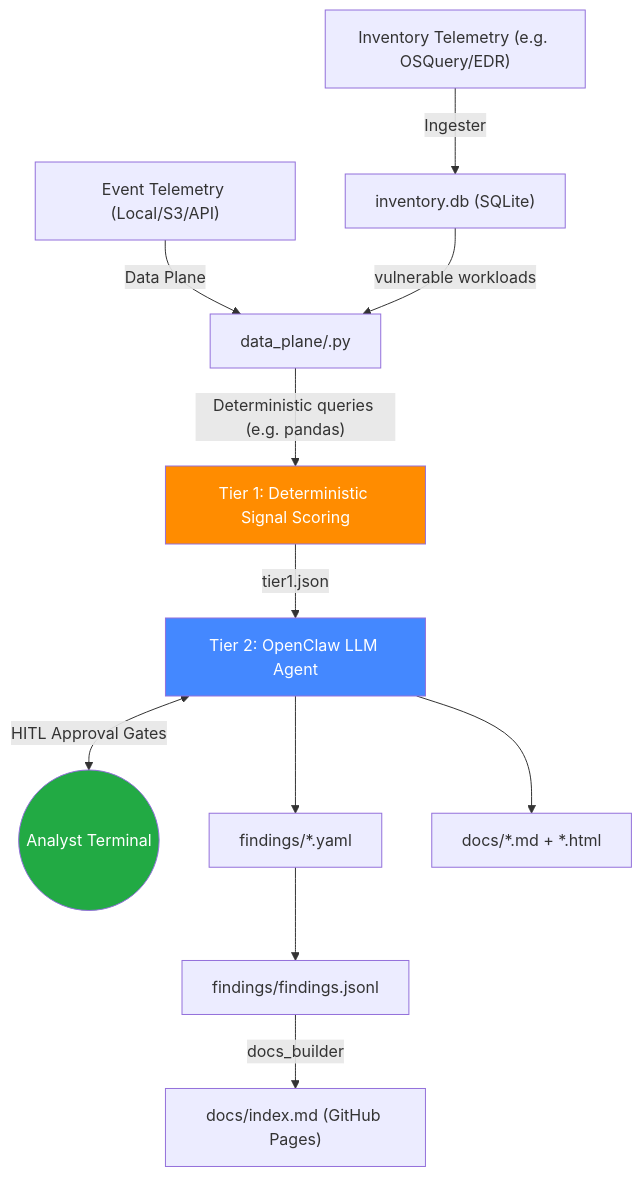
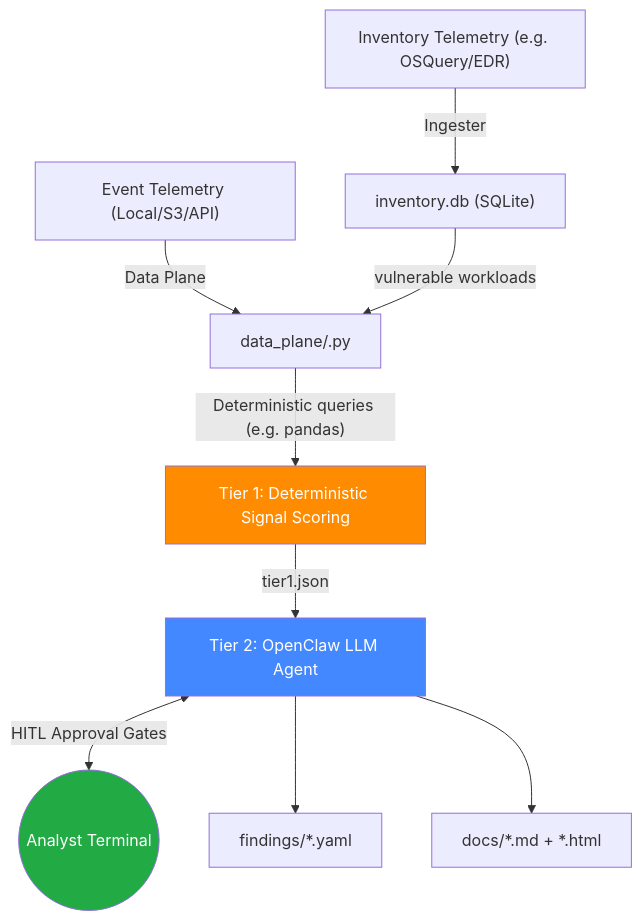
The diagram in README.md (tjs24/ThIOClaw), drawn with Mermaid before and after one commit. The commit also changed other lines of this file and 9 other files, not shown here.

````diff
--- a/README.md
+++ b/README.md
@@ -192,17 +188,15 @@
 ```mermaid
 graph TD
     A["Inventory Telemetry (e.g. OSQuery/EDR)"] -->|Ingester| B["inventory.db (SQLite)"]
     C["Event Telemetry (Local/S3/API)"] -->|Data Plane| D["data_plane/<cve_id>.py"]
     B -->|vulnerable workloads| D
     D -->|"Deterministic queries (e.g. pandas)"| E["Tier 1: Deterministic Signal Scoring"]
     E -->|tier1.json| F["Tier 2: OpenClaw LLM Agent"]
     F <-->|"HITL Approval Gates"| G(("Analyst Terminal"))
     F --> H["findings/*.yaml"]
     F --> I["docs/*.md + *.html"]
-    H --> J["findings/findings.jsonl"]
-    J -->|docs_builder| K["docs/index.md (GitHub Pages)"]
 
     style E fill:#ff8c00,color:#fff
     style F fill:#4488ff,color:#fff
     style G fill:#22aa44,color:#fff
 ```
````
